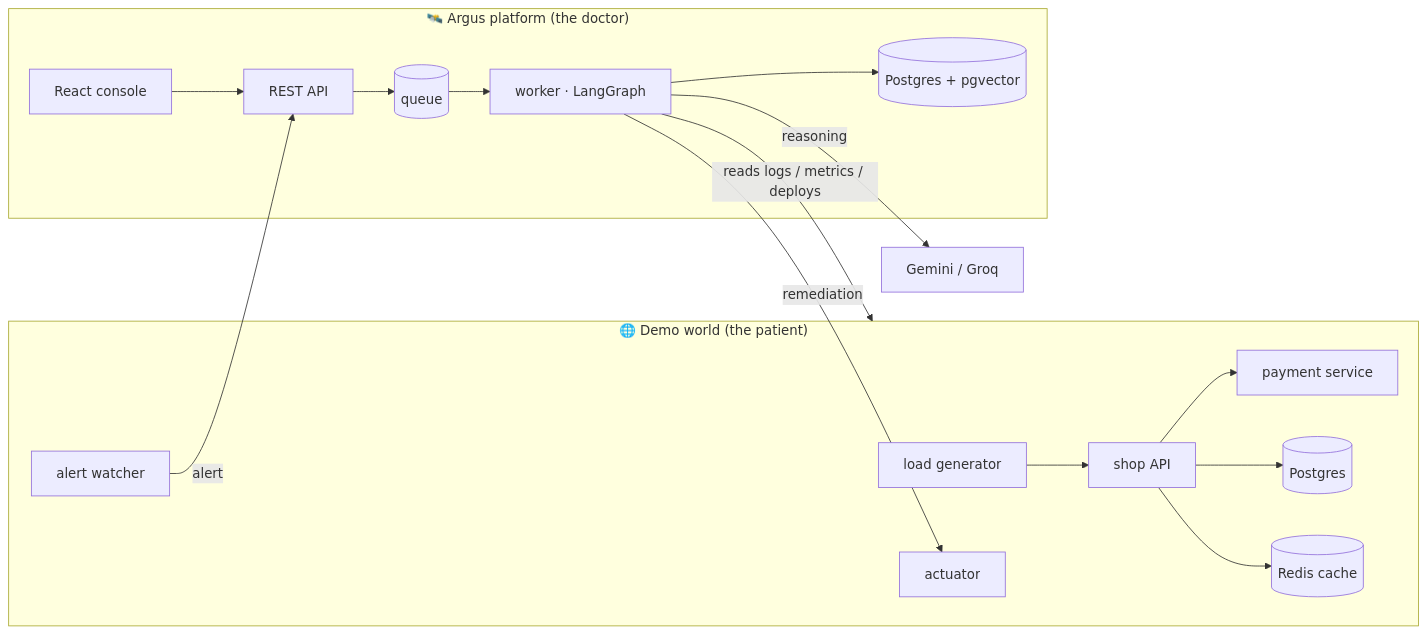
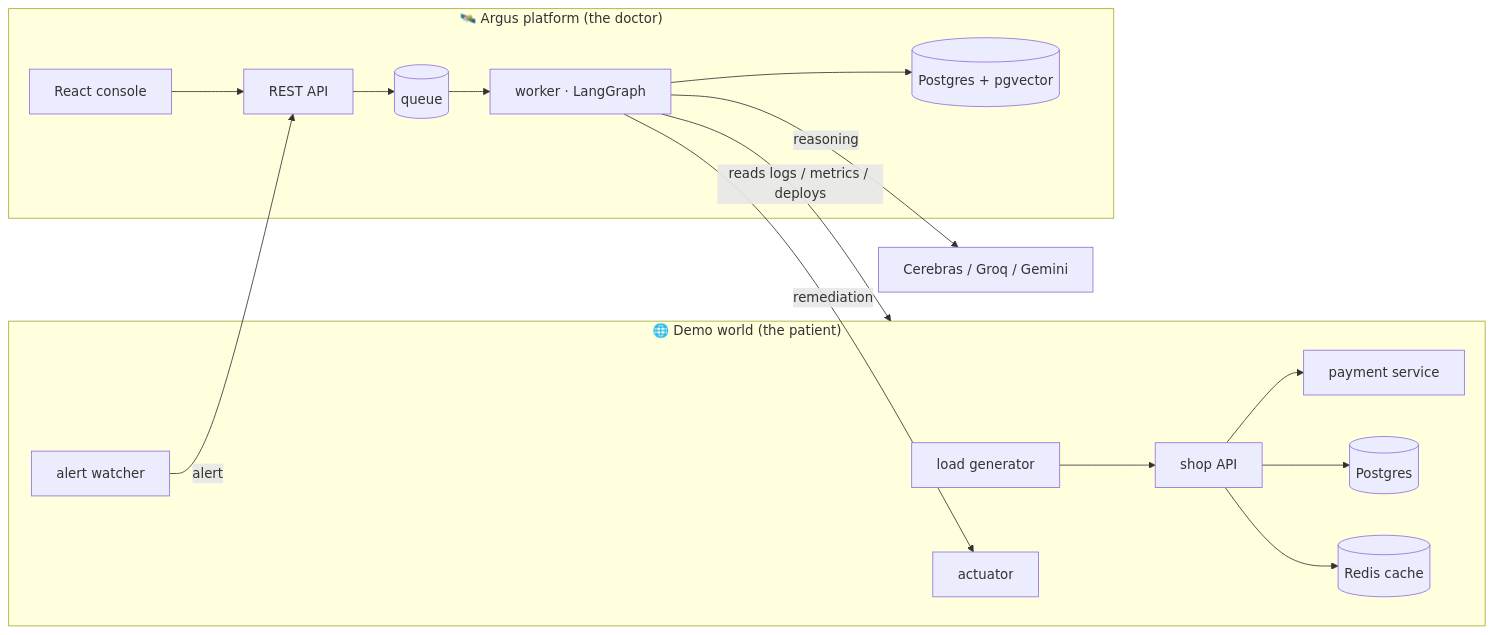
One commit to Meetbarasara/argus changed the diagram in README.md. Above: the diagram before and after it, drawn with Mermaid. The commit also changed other lines of this file and 9 other files, not shown here.

````diff
--- a/README.md
+++ b/README.md
@@ -64,20 +74,20 @@
 ```mermaid
 flowchart LR
   subgraph WORLD["🌐 Demo world (the patient)"]
     LG[load generator] --> SA[shop API]
     SA --> PS[payment service]
     SA --> DB[(Postgres)]
     SA --> RC[(Redis cache)]
     AW[alert watcher]
     ACT[actuator]
   end
   subgraph ARGUS["🛰️ Argus platform (the doctor)"]
     API[REST API] --> Q[(queue)] --> WK[worker · LangGraph]
     WK --> PG[(Postgres + pgvector)]
     UI[React console] --> API
   end
   AW -- alert --> API
   WK -- reads logs / metrics / deploys --> WORLD
   WK -- remediation --> ACT
-  WK -- reasoning --> LLM[Gemini / Groq]
+  WK -- reasoning --> LLM[Cerebras / Groq / Gemini]
 ```
````
